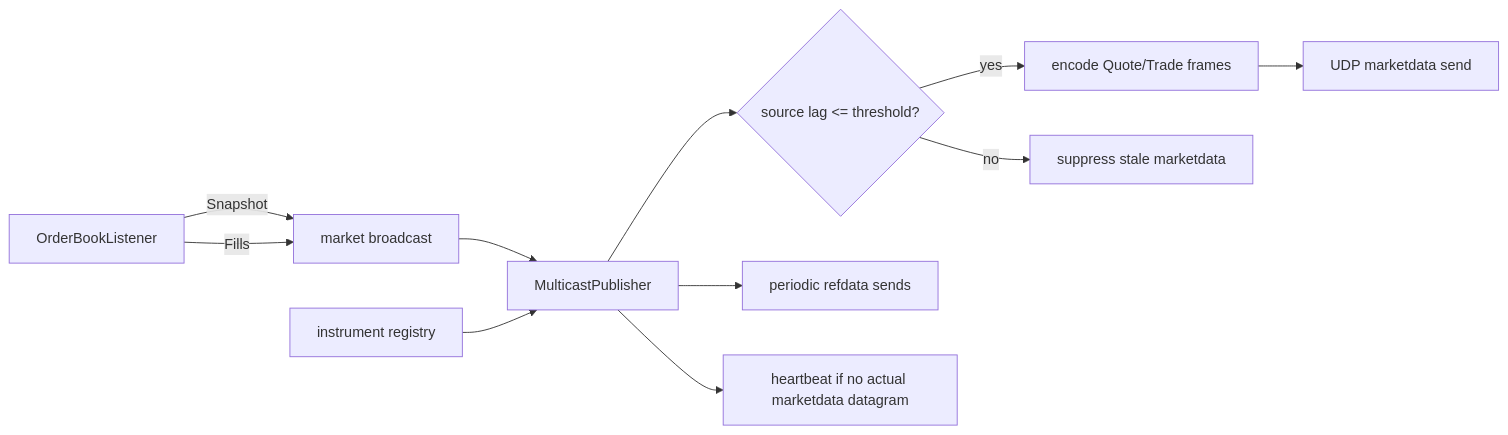
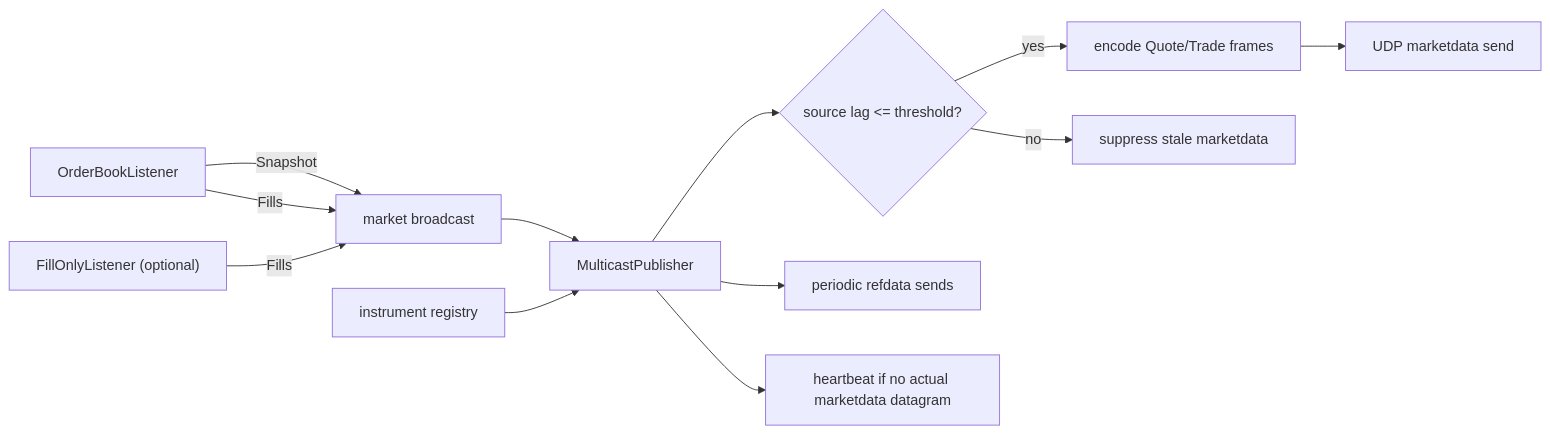
One commit to packethog/order_book_server changed the fifth of 6 diagrams in ARCHITECTURE.md. Above: the diagram before and after it, drawn with Mermaid. The commit also changed other lines of this file and 14 other files, not shown here.

````diff
--- a/ARCHITECTURE.md
+++ b/ARCHITECTURE.md
@@ -240,13 +282,14 @@
 ```mermaid
 flowchart LR
     Listener["OrderBookListener"] -->|"Snapshot"| MarketTx["market broadcast"]
     Listener -->|"Fills"| MarketTx
+    FillOnly["FillOnlyListener (optional)"] -->|"Fills"| MarketTx
     MarketTx --> TOB["MulticastPublisher"]
     Registry["instrument registry"] --> TOB
     TOB --> Fresh{"source lag <= threshold?"}
     Fresh -->|yes| Encode["encode Quote/Trade frames"]
     Fresh -->|no| Suppress["suppress stale marketdata"]
     Encode --> UDP["UDP marketdata send"]
     TOB --> Refdata["periodic refdata sends"]
     TOB --> Heartbeat["heartbeat if no actual marketdata datagram"]
 ```
````
